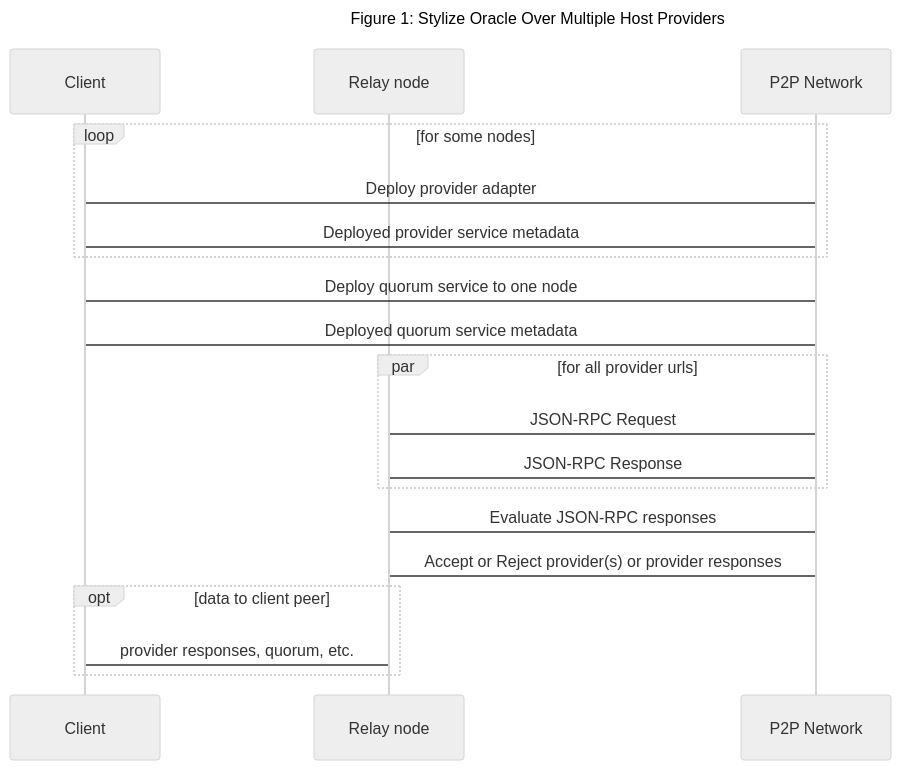
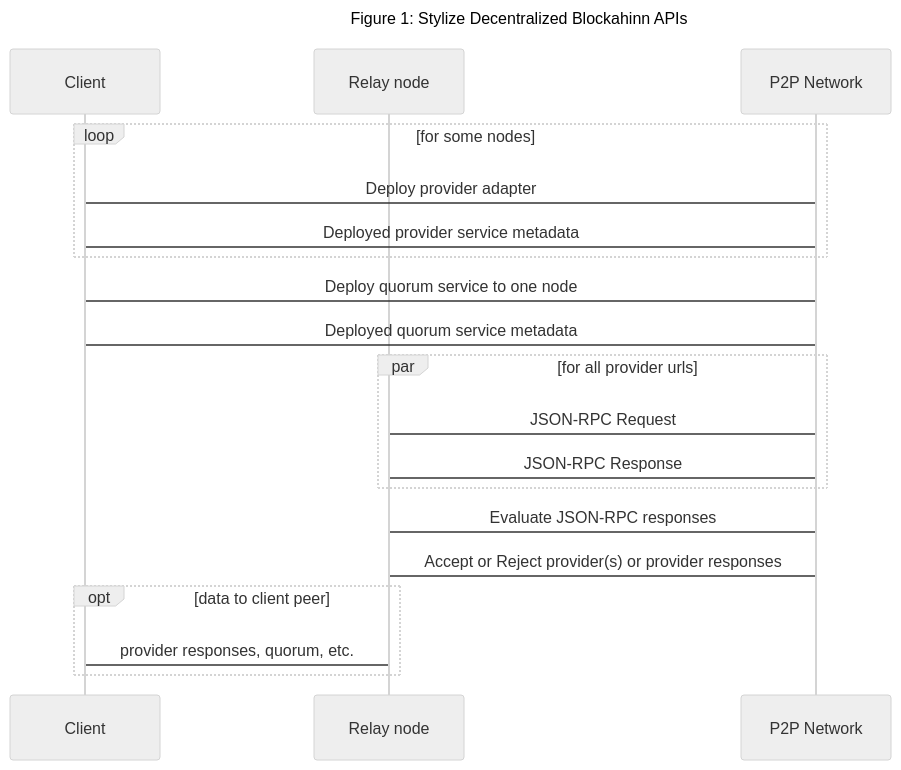
The diagram in aqua-examples/decentralized-blockchain-gateway/README.md (fluencelabs/examples), drawn with Mermaid (neutral theme) before and after one commit. The commit also changed other lines of this file, not shown here.

````diff
--- a/aqua-examples/decentralized-blockchain-gateway/README.md
+++ b/aqua-examples/decentralized-blockchain-gateway/README.md
@@ -40,29 +40,29 @@
 ```mermaid
     sequenceDiagram
-    title: Figure 1: Stylize Oracle Over Multiple Host Providers
+    title: Figure 1: Stylize Decentralized Blockahinn APIs
 
     participant C as Client
     participant R  as Relay node
     participant Pi as P2P Network
 
     loop for some nodes
         C -> Pi: Deploy provider adapter
         Pi -> C: Deployed provider service metadata  
     end
     
     C -> Pi: Deploy quorum service to one node
     Pi -> C: Deployed quorum service metadata  
 
 
     par for all provider urls
         R -> Pi: JSON-RPC Request
         Pi -> R: JSON-RPC Response
     end
     
     R -> Pi: Evaluate JSON-RPC responses
     Pi -> R: Accept or Reject provider(s) or provider responses
 
     opt data to client peer
         R -> C: provider responses, quorum, etc.
     end
 ```
````
